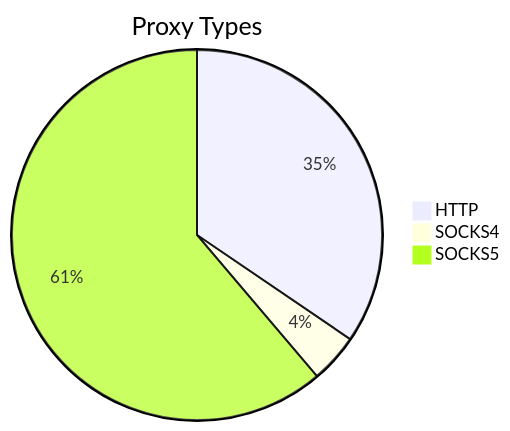
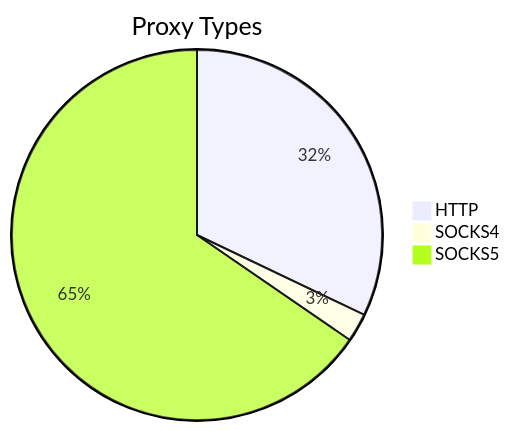
One commit to stormsia/proxy-list changed the first of 2 diagrams in README.md. Above: the diagram before and after it, drawn with Mermaid. The commit also changed other lines of this file, not shown here.

````diff
--- a/README.md
+++ b/README.md
@@ -21,6 +21,6 @@
 ```mermaid
 pie title Proxy Types
-    "HTTP" : 137
-    "SOCKS4" : 17
-    "SOCKS5" : 243
+    "HTTP" : 154
+    "SOCKS4" : 12
+    "SOCKS5" : 314
 ```
````
